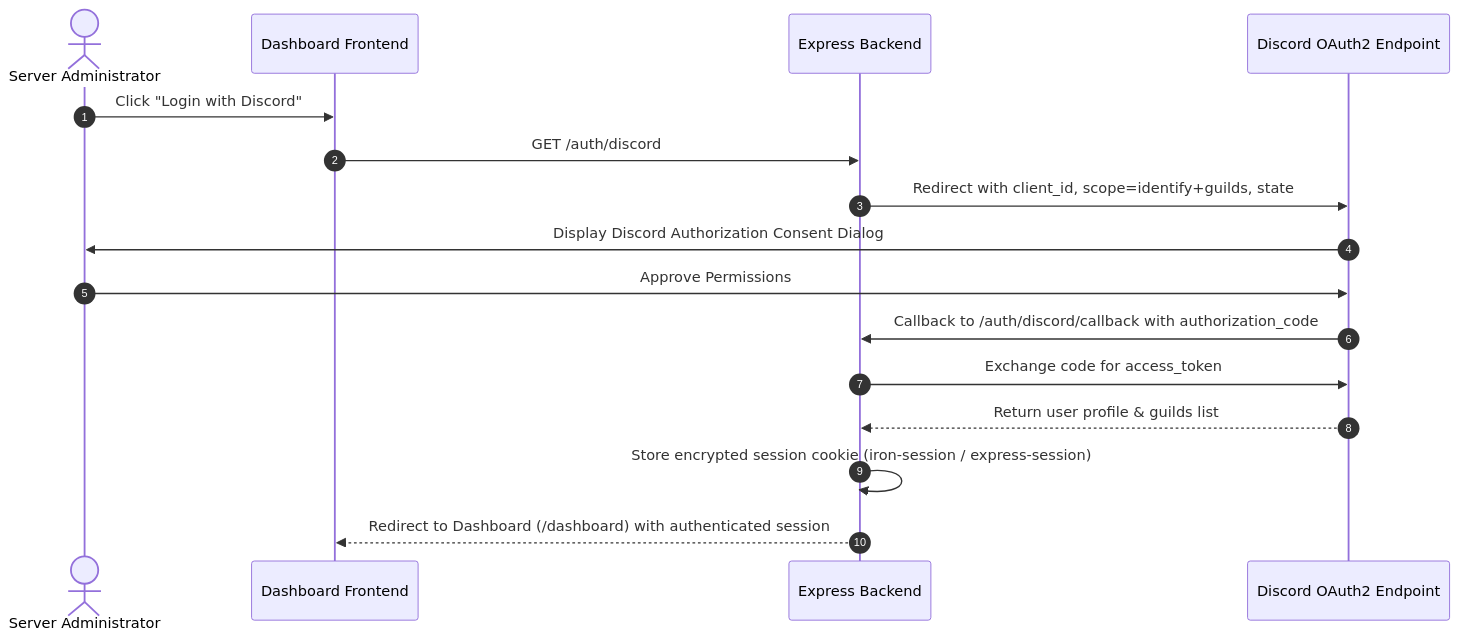
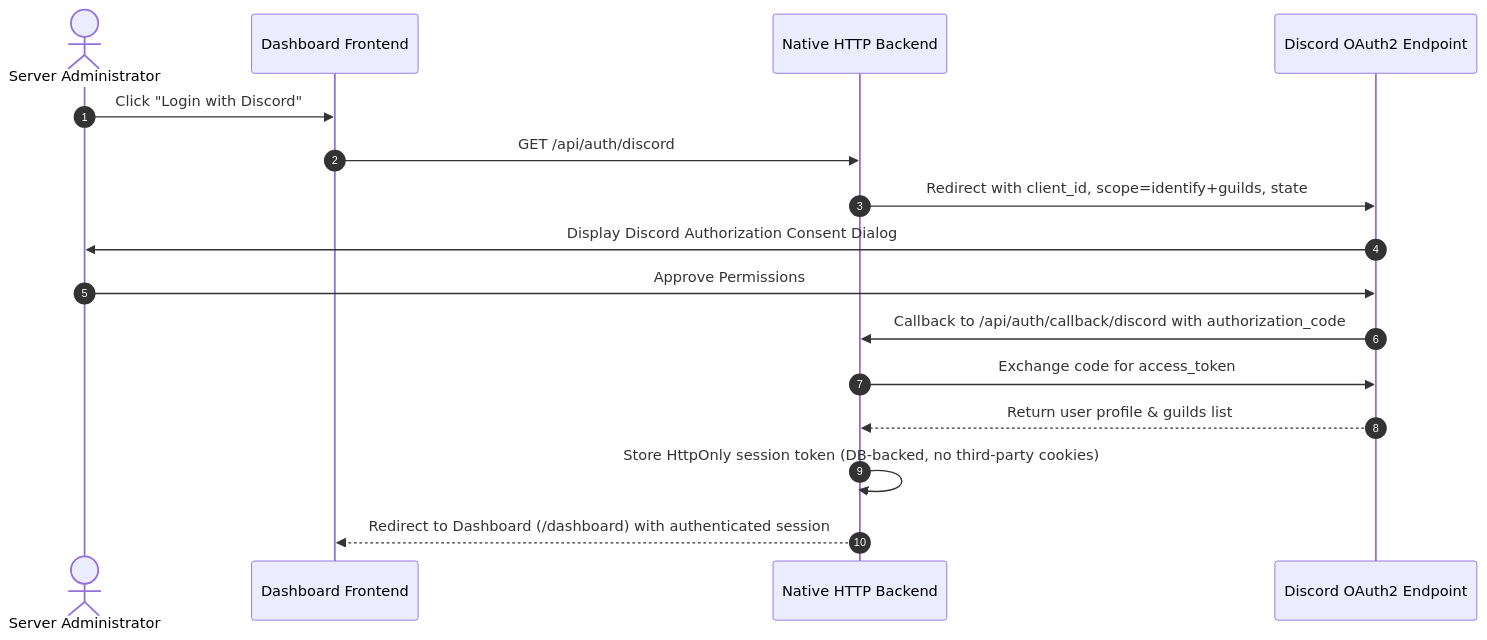
Before and after one commit to HELIX-Origin/Discord-RSS: the diagram in wiki/Integrations-and-Security.md, drawn with Mermaid. The commit also changed other lines of this file and 16 other files, not shown here.

````diff
--- a/wiki/Integrations-and-Security.md
+++ b/wiki/Integrations-and-Security.md
@@ -9,19 +9,19 @@
 ```mermaid
 sequenceDiagram
     autonumber
     actor User as Server Administrator
     participant UI as Dashboard Frontend
-    participant App as Express Backend
+    participant App as Native HTTP Backend
     participant Discord as Discord OAuth2 Endpoint
 
     User->>UI: Click "Login with Discord"
-    UI->>App: GET /auth/discord
+    UI->>App: GET /api/auth/discord
     App->>Discord: Redirect with client_id, scope=identify+guilds, state
     Discord->>User: Display Discord Authorization Consent Dialog
     User->>Discord: Approve Permissions
-    Discord->>App: Callback to /auth/discord/callback with authorization_code
+    Discord->>App: Callback to /api/auth/callback/discord with authorization_code
     App->>Discord: Exchange code for access_token
     Discord-->>App: Return user profile & guilds list
-    App->>App: Store encrypted session cookie (iron-session / express-session)
+    App->>App: Store HttpOnly session token (DB-backed, no third-party cookies)
     App-->>UI: Redirect to Dashboard (/dashboard) with authenticated session
 ```
````
